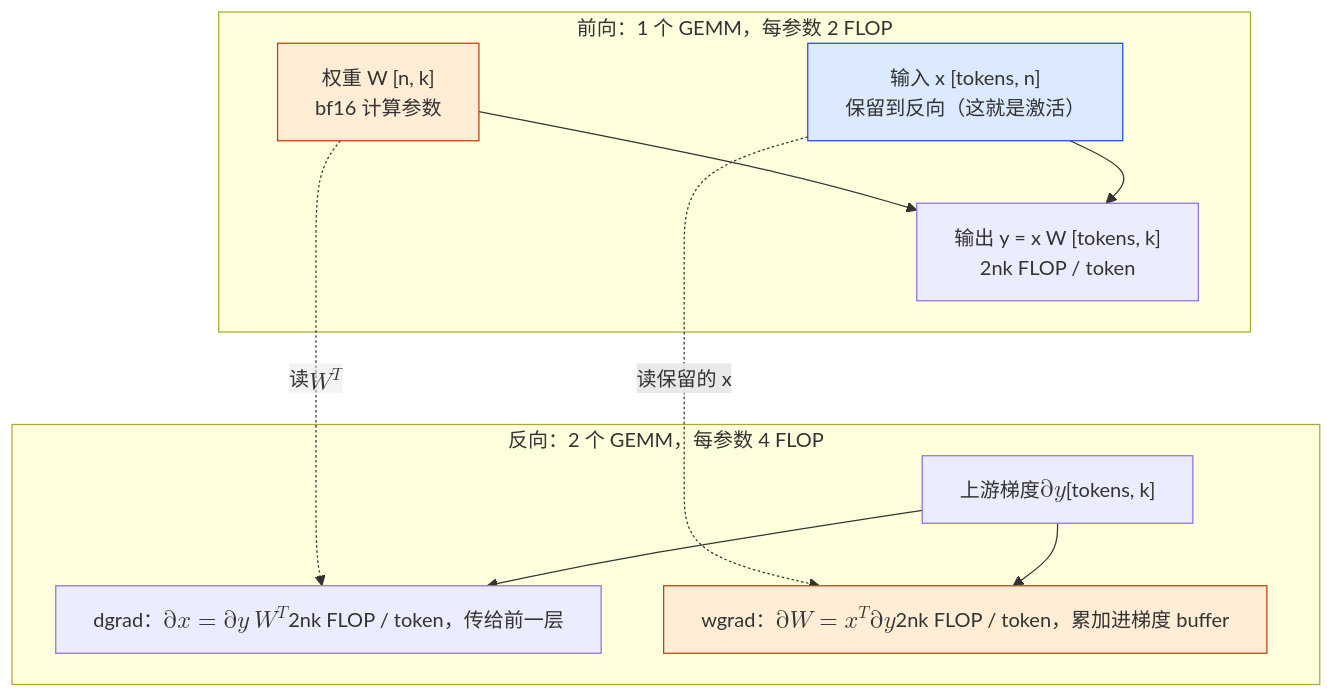
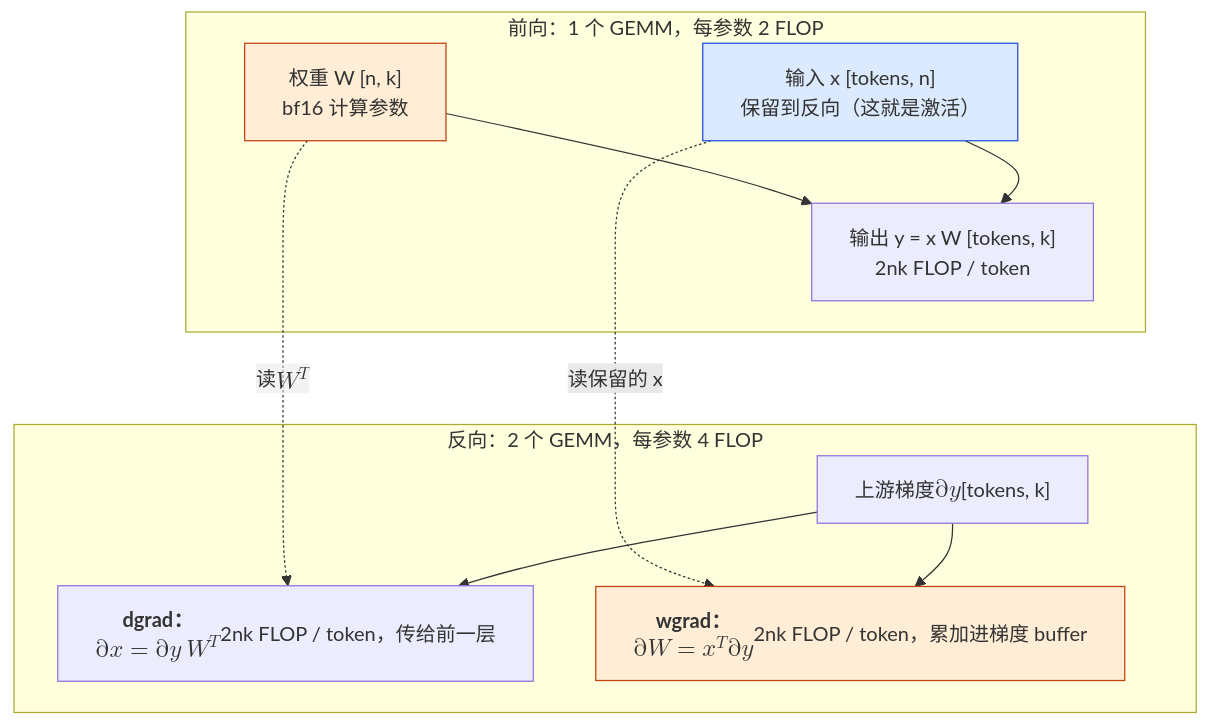
Before and after one commit to arganzheng/arganzheng.github.com: the second of 2 diagrams in _posts/2026-07-15-training-state-anatomy-memory-and-mfu.md, drawn with Mermaid. The commit also changed other lines of this file and 8 other files, not shown here.

First line of the commit message:
大规模训练工程：从并行策略到容错恢复：Mermaid 多行方框的首行标为标题（9 篇）

````diff
--- a/_posts/2026-07-15-training-state-anatomy-memory-and-mfu.md
+++ b/_posts/2026-07-15-training-state-anatomy-memory-and-mfu.md
@@ -528,25 +528,25 @@
 ```mermaid
 %% 图：每参数每 token 6 FLOP：前向一个 GEMM 2 FLOP，反向 dgrad 与 wgrad 各 2 FLOP，wgrad 要读保留的 x
 flowchart TB
     subgraph fwd["前向：1 个 GEMM，每参数 2 FLOP"]
         Xin["输入 x #91;tokens, n#93;<br/>保留到反向（这就是激活）"]
         W["权重 W #91;n, k#93;<br/>bf16 计算参数"]
         Y["输出 y = x W #91;tokens, k#93;<br/>2nk FLOP / token"]
         Xin --> Y
         W --> Y
     end
     subgraph bwd["反向：2 个 GEMM，每参数 4 FLOP"]
         dY["上游梯度 $$\partial y$$ #91;tokens, k#93;"]
-        dX["dgrad：$$\partial x = \partial y \, W^T$$<br/>2nk FLOP / token，传给前一层"]
-        dW["wgrad：$$\partial W = x^T \partial y$$<br/>2nk FLOP / token，累加进梯度 buffer"]
+        dX["<b>dgrad：$$\partial x = \partial y \, W^T$$</b><br/>2nk FLOP / token，传给前一层"]
+        dW["<b>wgrad：$$\partial W = x^T \partial y$$</b><br/>2nk FLOP / token，累加进梯度 buffer"]
         dY --> dX
         dY --> dW
     end
     Y ~~~ dY
     W -.->|"读 $$W^T$$"| dX
     Xin -.->|"读保留的 x"| dW
     classDef act fill:#dbeafe,stroke:#1d4ed8;
     classDef wt fill:#ffedd5,stroke:#c2410c;
     class Xin act;
     class W,dW wt;
 ```
````
